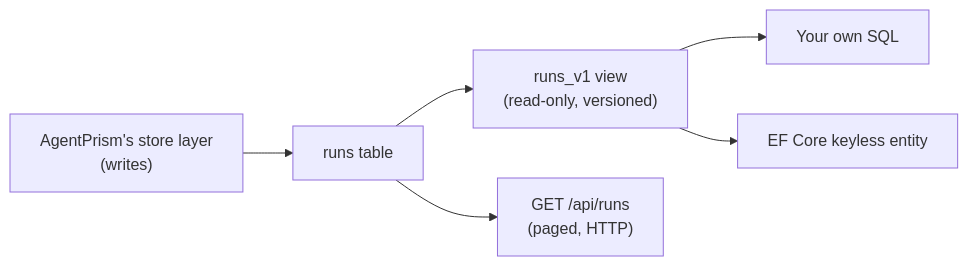
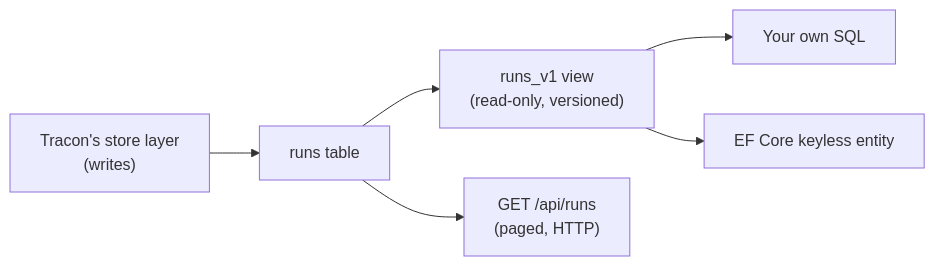
The diagram in docs-site/src/content/docs/reference/read-views.md (farukatasoy/Tracon), drawn with Mermaid before and after one commit. The commit also changed other lines of this file and 4535 other files, not shown here.

````diff
--- a/docs-site/src/content/docs/reference/read-views.md
+++ b/docs-site/src/content/docs/reference/read-views.md
@@ -12,10 +12,10 @@
 ```mermaid
 flowchart LR
     accTitle: Where runs_v1 sits
-    accDescr: AgentPrism's store layer writes the runs table; the runs_v1 view reads it and is queried either by your own raw SQL or by an EF Core keyless entity, alongside the existing HTTP API path for writes and paged reads.
-    S["AgentPrism's store layer<br/>(writes)"] --> T["runs table"]
+    accDescr: Tracon's store layer writes the runs table; the runs_v1 view reads it and is queried either by your own raw SQL or by an EF Core keyless entity, alongside the existing HTTP API path for writes and paged reads.
+    S["Tracon's store layer<br/>(writes)"] --> T["runs table"]
     T --> V["runs_v1 view<br/>(read-only, versioned)"]
     V --> Q["Your own SQL"]
     V --> E["EF Core keyless entity"]
     T --> A["GET /api/runs<br/>(paged, HTTP)"]
 ```
````
